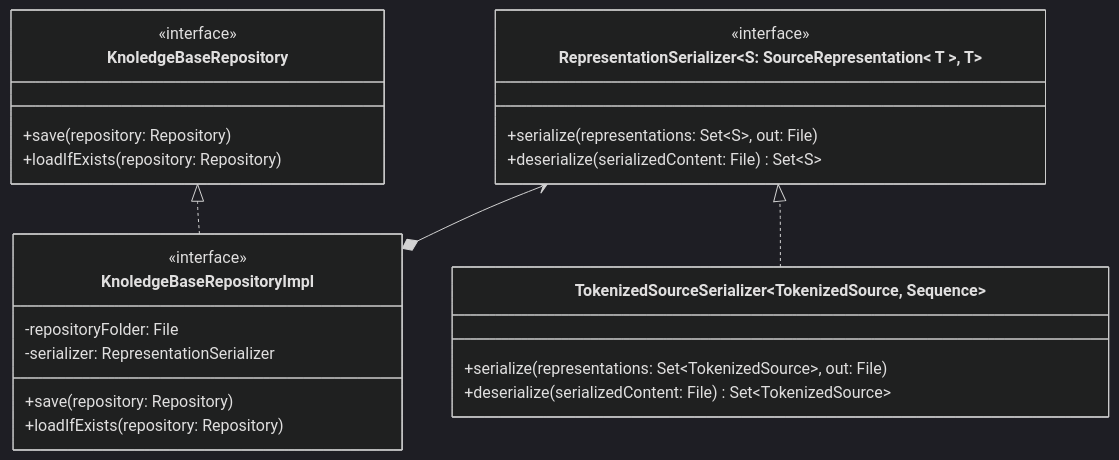
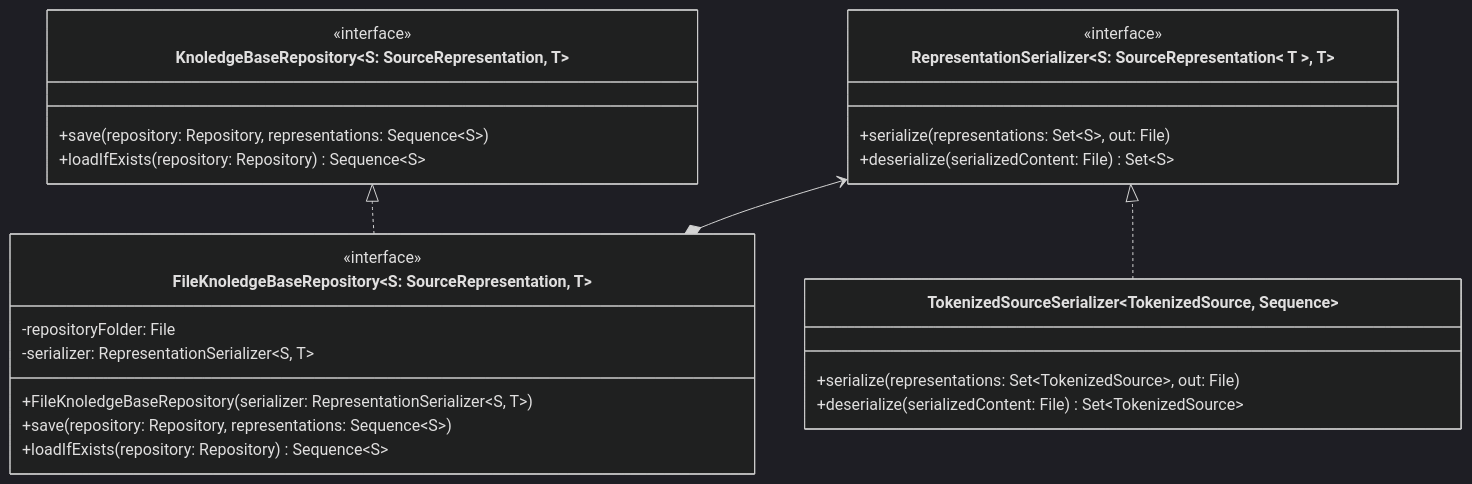
The tenth of 12 diagrams in doc.md (tassiLuca/code-plagiarism-detector-doc), drawn with Mermaid (dark theme) before and after one commit. The commit also changed other lines of this file, not shown here.

````diff
--- a/doc.md
+++ b/doc.md
@@ -530,29 +528,30 @@
 ```mermaid
 classDiagram
     direction BT
-    class KnoledgeBaseRepository {
+    class KnoledgeBaseRepository~S: SourceRepresentation<T>, T~ {
         <<interface>>
-        +save(repository: Repository)
-        +loadIfExists(repository: Repository)
+        +save(repository: Repository, representations: Sequence~S~)
+        +loadIfExists(repository: Repository) Sequence~S~
     }
-    class KnoledgeBaseRepositoryImpl {
+    class FileKnoledgeBaseRepository~S: SourceRepresentation<T>, T~ {
         <<interface>>
         -repositoryFolder: File
-        -serializer: RepresentationSerializer
-        +save(repository: Repository)
-        +loadIfExists(repository: Repository)
+        -serializer: RepresentationSerializer~S, T~
+        +FileKnoledgeBaseRepository(serializer: RepresentationSerializer~S, T~)
+        +save(repository: Repository, representations: Sequence~S~)
+        +loadIfExists(repository: Repository) Sequence~S~
     }
-    KnoledgeBaseRepositoryImpl ..|> KnoledgeBaseRepository
+    FileKnoledgeBaseRepository ..|> KnoledgeBaseRepository
 
     class RepresentationSerializer~S: SourceRepresentation< T >, T~ {
         <<interface>>
         +serialize(representations: Set~S~, out: File)
         +deserialize(serializedContent: File) Set~S~
     }
     class TokenizedSourceSerializer~TokenizedSource, Sequence<Token>~ {
         +serialize(representations: Set~TokenizedSource~, out: File)
         +deserialize(serializedContent: File) Set~TokenizedSource~
     }
     TokenizedSourceSerializer ..|> RepresentationSerializer
-    KnoledgeBaseRepositoryImpl *--> RepresentationSerializer
+    FileKnoledgeBaseRepository *--> RepresentationSerializer
 ```
````
